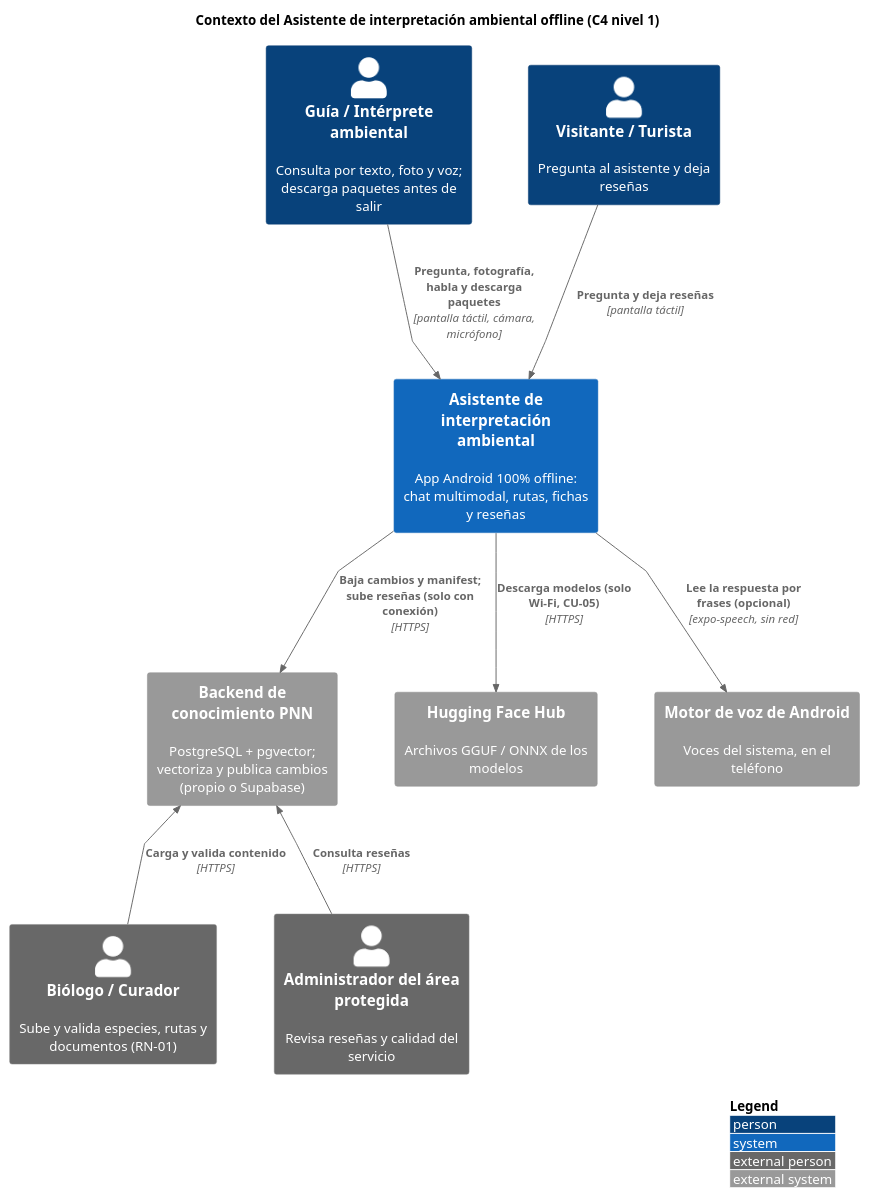
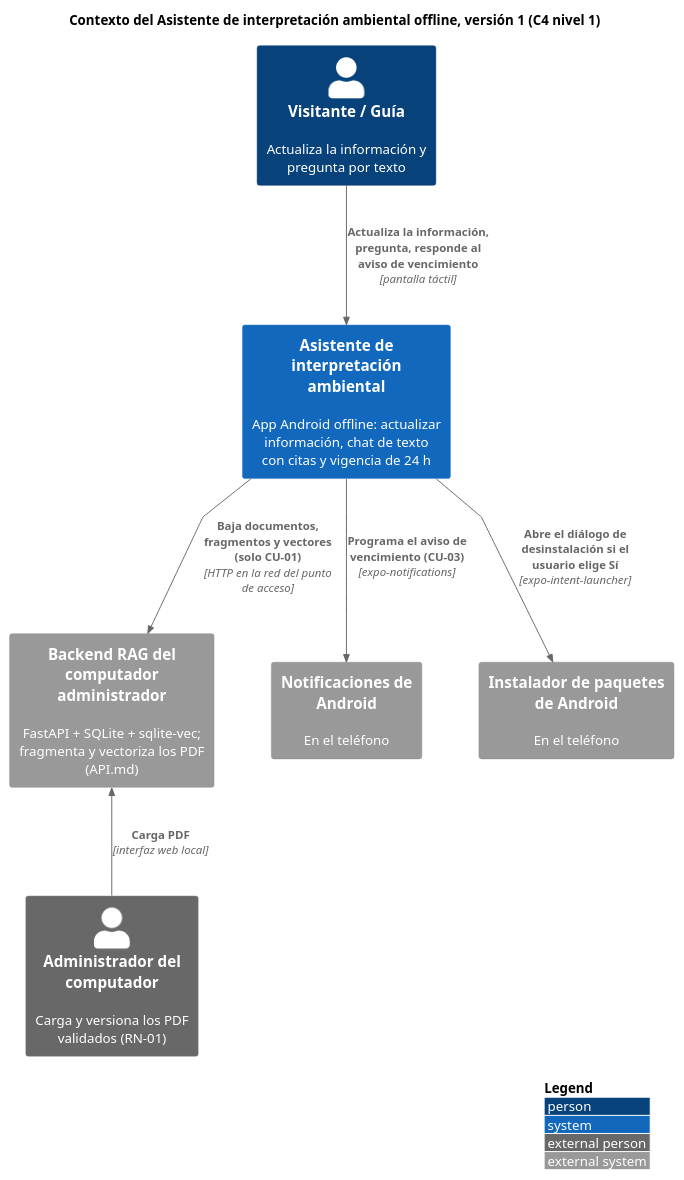
Before and after one commit to Alan-Soto-G/ia-local-PNN: the diagram in docs/diagramas/contexto.puml, drawn with PlantUML. The commit also changed 46 other files, not shown here.

```diff
--- a/docs/diagramas/contexto.puml
+++ b/docs/diagramas/contexto.puml
@@ -1,32 +1,25 @@
 @startuml contexto
 !include <C4/C4_Context>
 LAYOUT_WITH_LEGEND()
 skinparam linetype polyline
 skinparam nodesep 60
 skinparam ranksep 80
-title Contexto del Asistente de interpretación ambiental offline (C4 nivel 1)
+title Contexto del Asistente de interpretación ambiental offline, versión 1 (C4 nivel 1)
 
-Person(guia, "Guía / Intérprete ambiental", "Consulta por texto, foto y voz; descarga paquetes antes de salir")
-Person(visitante, "Visitante / Turista", "Pregunta al asistente y deja reseñas")
-Person_Ext(biologo, "Biólogo / Curador", "Sube y valida especies, rutas y documentos (RN-01)")
-Person_Ext(admin, "Administrador del área protegida", "Revisa reseñas y calidad del servicio")
+Person(visitante, "Visitante / Guía", "Actualiza la información y pregunta por texto")
+Person_Ext(admin, "Administrador del computador", "Carga y versiona los PDF validados (RN-01)")
 
-System(sistema, "Asistente de interpretación ambiental", "App Android 100% offline: chat multimodal, rutas, fichas y reseñas")
+System(sistema, "Asistente de interpretación ambiental", "App Android offline: actualizar información, chat de texto con citas y vigencia de 24 h")
 
-System_Ext(backend, "Backend de conocimiento PNN", "PostgreSQL + pgvector; vectoriza y publica cambios (propio o Supabase)")
-System_Ext(hf, "Hugging Face Hub", "Archivos GGUF / ONNX de los modelos")
-System_Ext(tts, "Motor de voz de Android", "Voces del sistema, en el teléfono")
+System_Ext(backend, "Backend RAG del computador administrador", "FastAPI + SQLite + sqlite-vec; fragmenta y vectoriza los PDF (API.md)")
+System_Ext(notif, "Notificaciones de Android", "En el teléfono")
+System_Ext(instalador, "Instalador de paquetes de Android", "En el teléfono")
 
-Lay_R(guia, visitante)
-Lay_R(biologo, admin)
-Lay_R(backend, hf)
-Lay_R(hf, tts)
+Lay_R(notif, instalador)
 
-Rel_D(guia, sistema, "Pregunta, fotografía, habla y descarga paquetes", "pantalla táctil, cámara, micrófono")
-Rel_D(visitante, sistema, "Pregunta y deja reseñas", "pantalla táctil")
-Rel_D(sistema, backend, "Baja cambios y manifest; sube reseñas (solo con conexión)", "HTTPS")
-Rel_D(sistema, hf, "Descarga modelos (solo Wi-Fi, CU-05)", "HTTPS")
-Rel_D(sistema, tts, "Lee la respuesta por frases (opcional)", "expo-speech, sin red")
-Rel_U(biologo, backend, "Carga y valida contenido", "HTTPS")
-Rel_U(admin, backend, "Consulta reseñas", "HTTPS")
+Rel_D(visitante, sistema, "Actualiza la información, pregunta, responde al aviso de vencimiento", "pantalla táctil")
+Rel_D(sistema, backend, "Baja documentos, fragmentos y vectores (solo CU-01)", "HTTP en la red del punto de acceso")
+Rel_D(sistema, notif, "Programa el aviso de vencimiento (CU-03)", "expo-notifications")
+Rel_D(sistema, instalador, "Abre el diálogo de desinstalación si el usuario elige Sí", "expo-intent-launcher")
+Rel_U(admin, backend, "Carga PDF", "interfaz web local")
 @enduml
```
